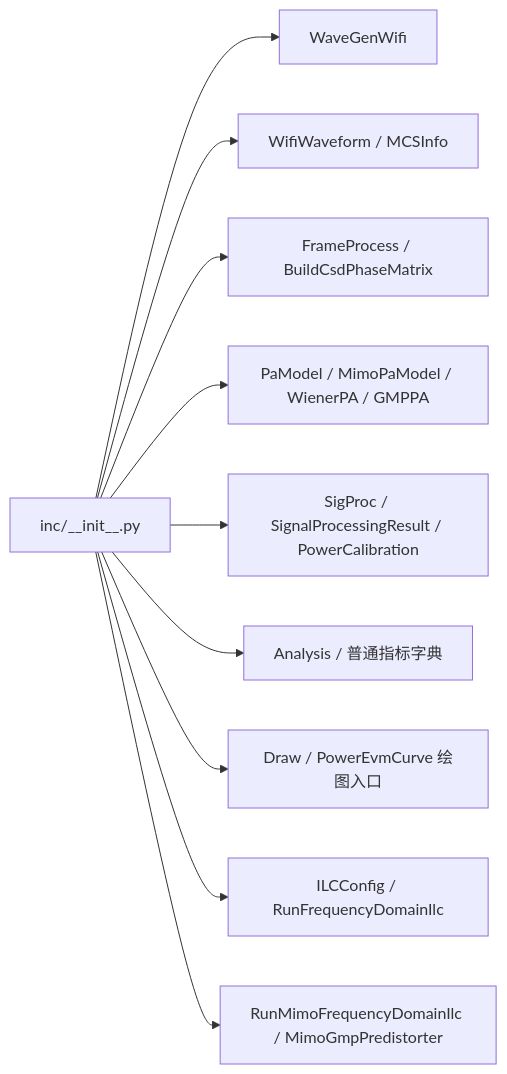
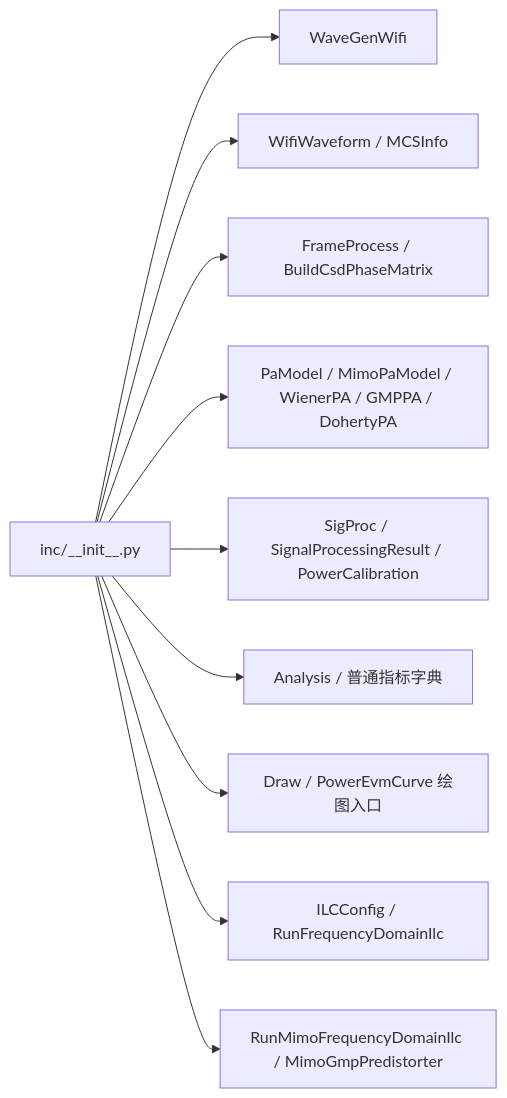
One commit to niyilu45/DPD_ILC changed diagram 18 of 18 in README.md. Above: the diagram before and after it, drawn with Mermaid. The commit also changed other lines of this file and 16 other files, not shown here.

Commit message:
Add Doherty PA and coupled MIMO channels

````diff
--- a/README.md
+++ b/README.md
@@ -772,12 +801,12 @@
 ```mermaid
 flowchart LR
     init["inc/__init__.py"] --> waveApi["WaveGenWifi"]
     init --> metadataApi["WifiWaveform / MCSInfo"]
     init --> frameApi["FrameProcess / BuildCsdPhaseMatrix"]
-    init --> paApi["PaModel / MimoPaModel / WienerPA / GMPPA"]
+    init --> paApi["PaModel / MimoPaModel / WienerPA / GMPPA / DohertyPA"]
     init --> signalApi["SigProc / SignalProcessingResult / PowerCalibration"]
     init --> analysisApi["Analysis / 普通指标字典"]
     init --> drawApi["Draw / PowerEvmCurve 绘图入口"]
     init --> ilcApi["ILCConfig / RunFrequencyDomainIlc"]
     init --> mimoIlcApi["RunMimoFrequencyDomainIlc / MimoGmpPredistorter"]
 ```
````
